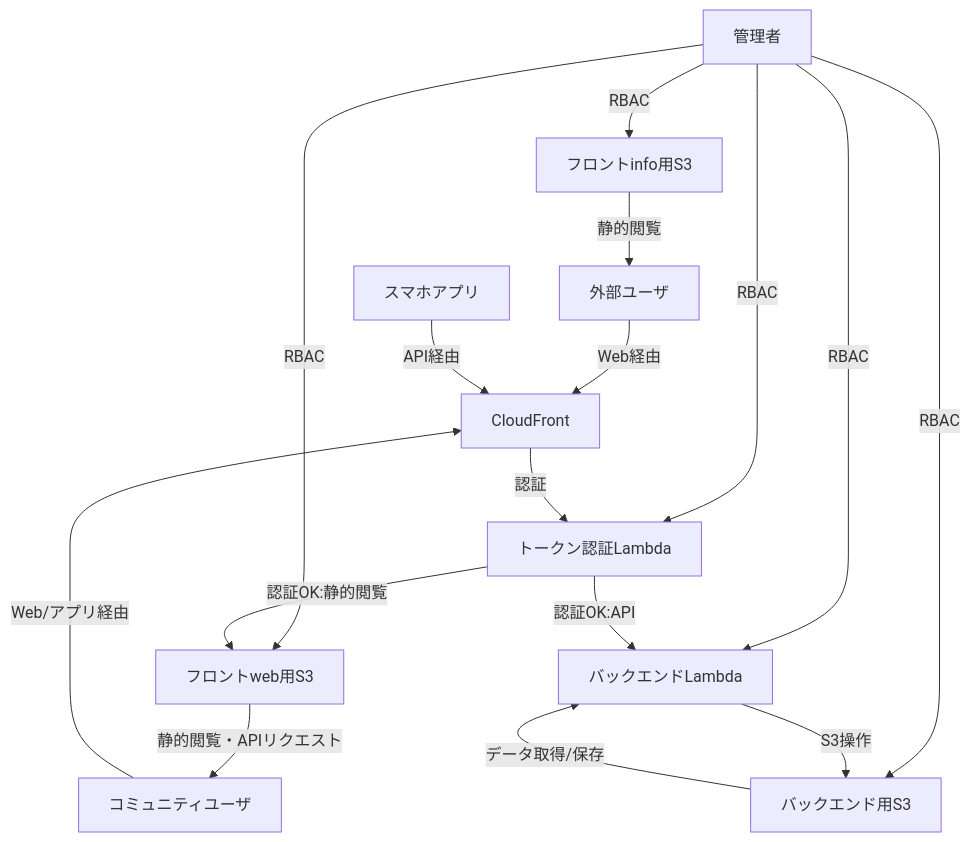
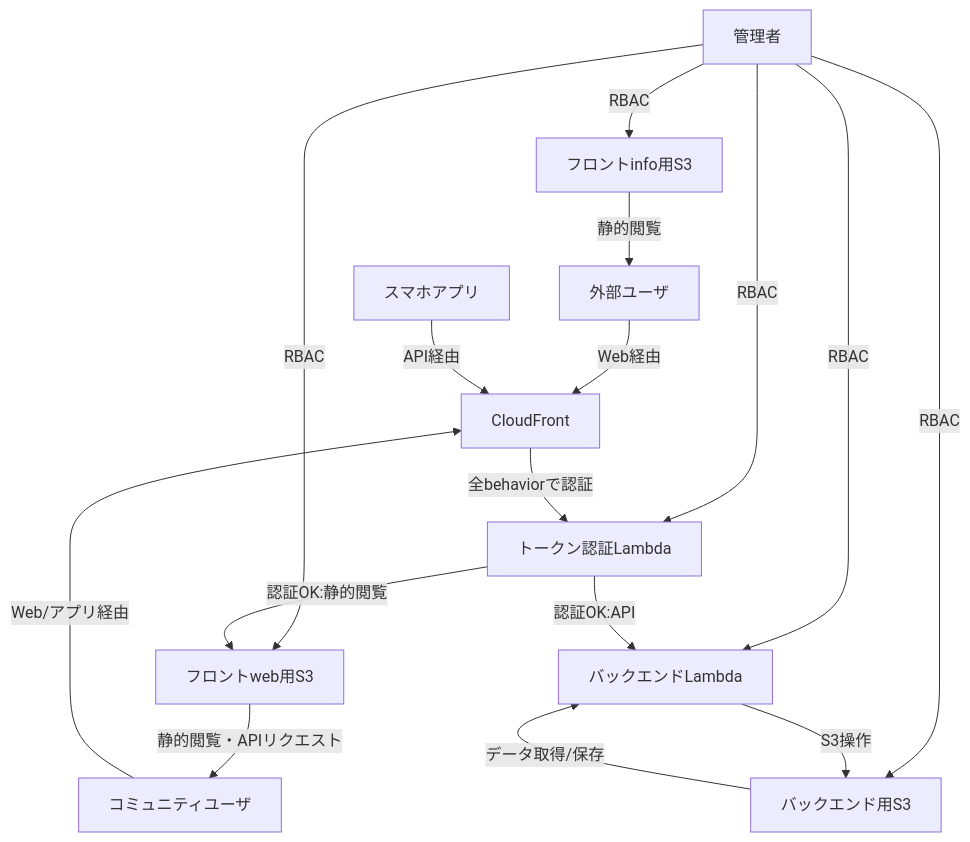
One commit to deidra-JP-windows/front-web-site-for-riften-terraform changed the diagram in documents/アクセスコントロール図.md. Above: the diagram before and after it, drawn with Mermaid. The commit also changed 17 other files, not shown here.

````diff
--- a/documents/アクセスコントロール図.md
+++ b/documents/アクセスコントロール図.md
@@ -1,18 +1,18 @@
 ```mermaid
 flowchart TD
   Admin[管理者] -->|RBAC| S3_Info[フロントinfo用S3]
   Admin -->|RBAC| S3_Front[フロントweb用S3]
   Admin -->|RBAC| S3_Backend[バックエンド用S3]
   Admin -->|RBAC| Lambda[バックエンドLambda]
   Admin -->|RBAC| AuthLambda[トークン認証Lambda]
   Member[コミュニティユーザ] -->|Web/アプリ経由| CloudFront
   User[外部ユーザ] -->|Web経由| CloudFront
   App[スマホアプリ] -->|API経由| CloudFront
-  CloudFront -->|認証| AuthLambda
+  CloudFront -->|全behaviorで認証| AuthLambda
   AuthLambda -- 認証OK:静的閲覧 --> S3_Front
   AuthLambda -- 認証OK:API --> Lambda
   Lambda -->|S3操作| S3_Backend
   S3_Info -- 静的閲覧 --> User
   S3_Front -- 静的閲覧・APIリクエスト --> Member
   S3_Backend -- データ取得/保存 --> Lambda
 ```
````
